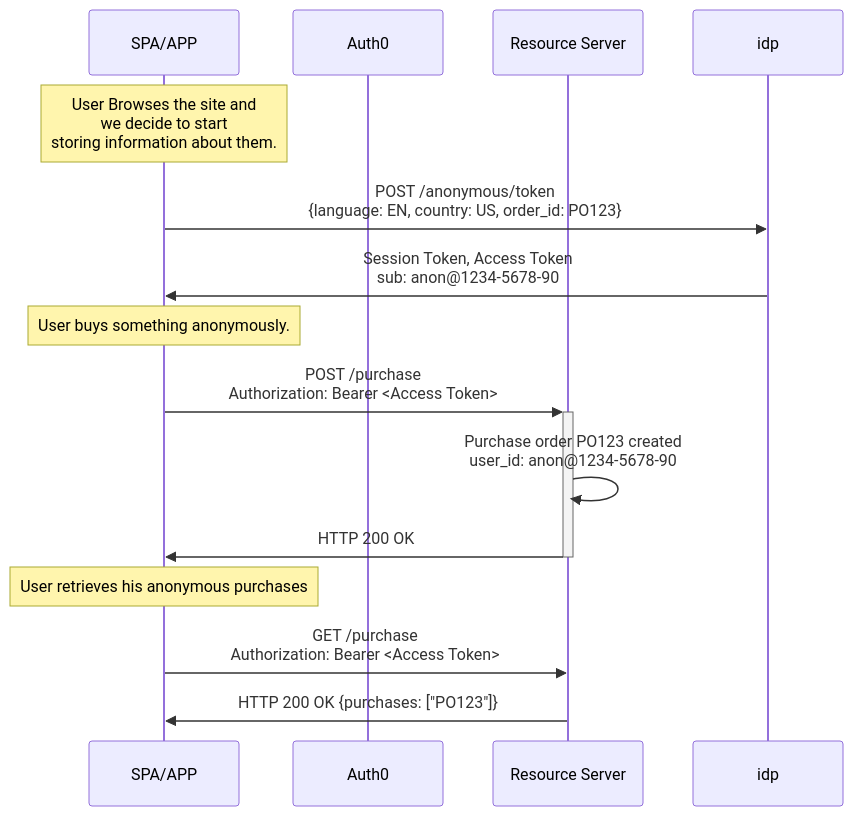
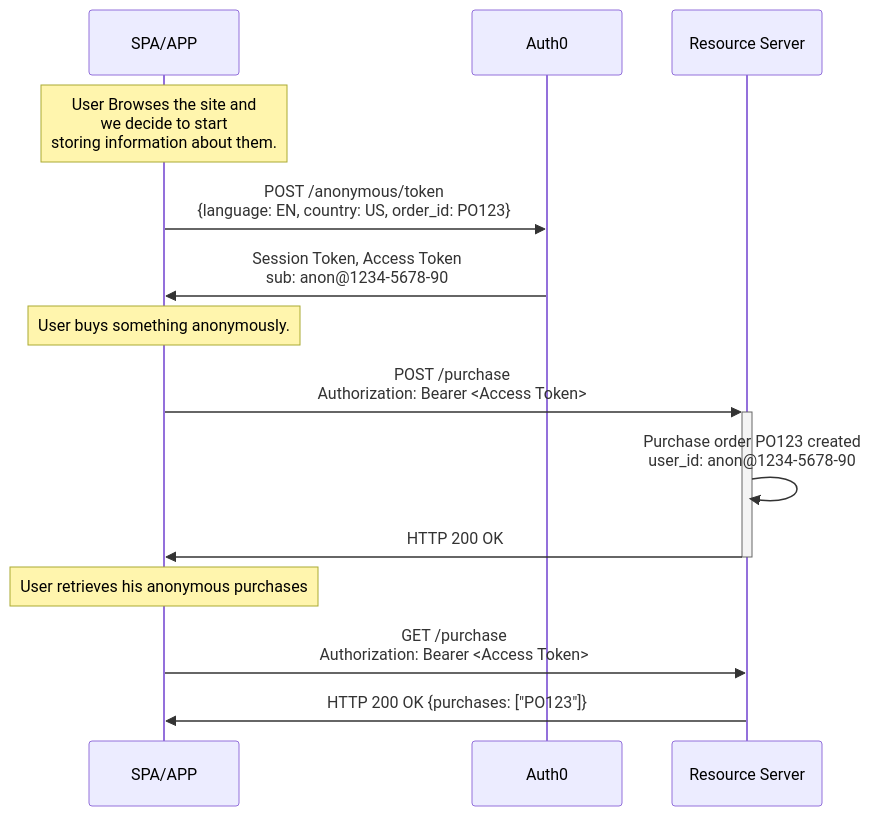
One commit to auth0/docs-v2 changed the diagram in main/docs/manage-users/sessions/anonymous-sessions.mdx. Above: the diagram before and after it, drawn with Mermaid. The commit also changed other lines of this file and 3 other files, not shown here.

````diff
--- a/main/docs/manage-users/sessions/anonymous-sessions.mdx
+++ b/main/docs/manage-users/sessions/anonymous-sessions.mdx
@@ -20,16 +21,16 @@
 ```mermaid actions={false}
 sequenceDiagram
   participant app as SPA/APP
-  participant IdP as Auth0
+  participant idp as Auth0
   participant rs as Resource Server
   note over app: User Browses the site and <br> we decide to start <br> storing information about them.
   app ->> idp: POST /anonymous/token<br>{language: EN, country: US, order_id: PO123}
   idp ->> app: Session Token, Access Token<br>sub: anon@1234-5678-90
   note over app: User buys something anonymously.
   app ->>+ rs: POST /purchase<br> Authorization: Bearer <Access Token>
   rs ->> rs: Purchase order PO123 created<br>user_id: anon@1234-5678-90
   rs ->>- app: HTTP 200 OK
   note over app: User retrieves his anonymous purchases
   app ->> rs: GET /purchase<br> Authorization: Bearer <Access Token>
   rs ->> app: HTTP 200 OK {purchases: ["PO123"]}
 ```
````
